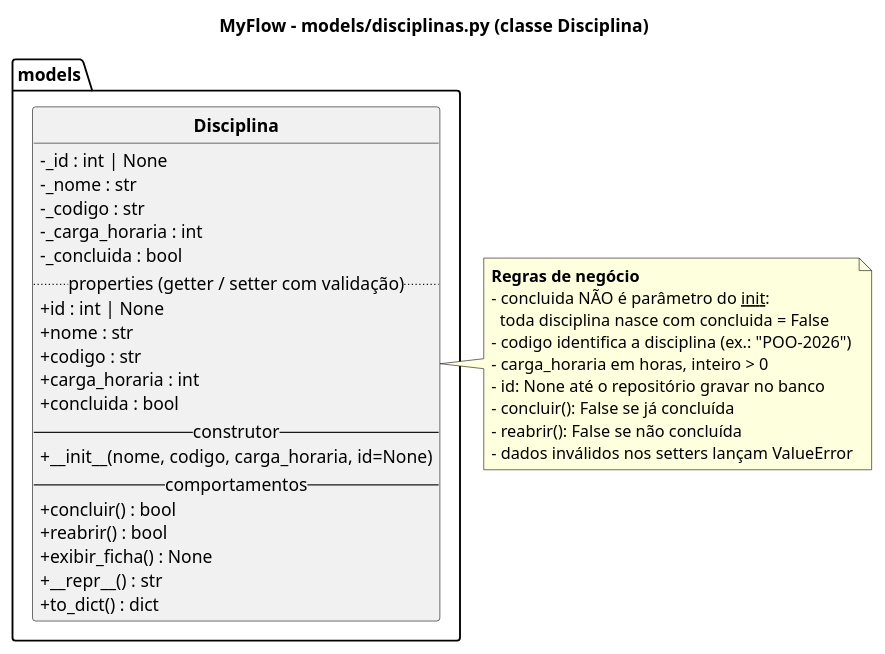
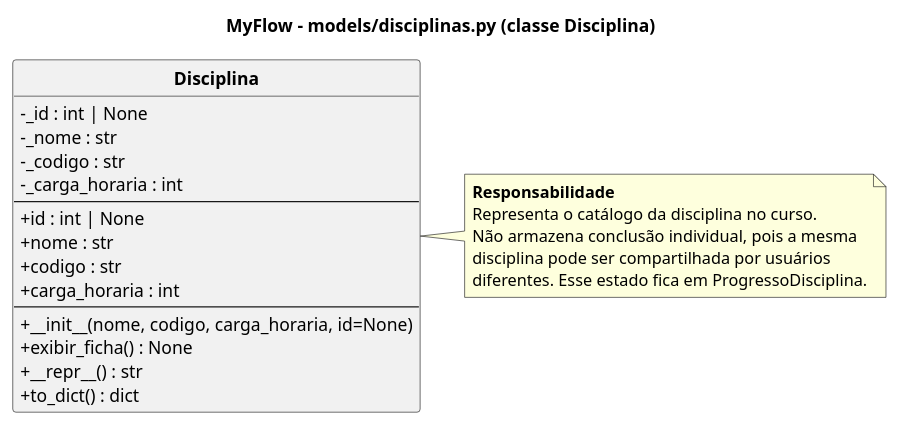
Before and after one commit to nicholasmichelon/project-myflow: the diagram in uml/classes/01_models_disciplinas.puml, drawn with PlantUML. The commit also changed 46 other files, not shown here.

```diff
--- a/uml/classes/01_models_disciplinas.puml
+++ b/uml/classes/01_models_disciplinas.puml
@@ -1,46 +1,34 @@
 @startuml 01_models_disciplinas
-' MyFlow - models/disciplinas.py
 title MyFlow - models/disciplinas.py (classe Disciplina)
 
 skinparam classAttributeIconSize 0
 skinparam shadowing false
 skinparam classFontStyle bold
 hide circle
 
-package "models" {
-  class Disciplina {
-    -_id : int | None
-    -_nome : str
-    -_codigo : str
-    -_carga_horaria : int
-    -_concluida : bool
-    .. properties (getter / setter com validação) ..
-    +id : int | None
-    +nome : str
-    +codigo : str
-    +carga_horaria : int
-    +concluida : bool
-    -- construtor --
-    +__init__(nome, codigo, carga_horaria, id=None)
-    -- comportamentos --
-    +concluir() : bool
-    +reabrir() : bool
-    +exibir_ficha() : None
-    +__repr__() : str
-    +to_dict() : dict
-  }
+class Disciplina {
+  -_id : int | None
+  -_nome : str
+  -_codigo : str
+  -_carga_horaria : int
+  --
+  +id : int | None
+  +nome : str
+  +codigo : str
+  +carga_horaria : int
+  --
+  +__init__(nome, codigo, carga_horaria, id=None)
+  +exibir_ficha() : None
+  +__repr__() : str
+  +to_dict() : dict
 }
 
 note right of Disciplina
-  <b>Regras de negócio</b>
-  - concluida NÃO é parâmetro do __init__:
-    toda disciplina nasce com concluida = False
-  - codigo identifica a disciplina (ex.: "POO-2026")
-  - carga_horaria em horas, inteiro > 0
-  - id: None até o repositório gravar no banco
-  - concluir(): False se já concluída
-  - reabrir(): False se não concluída
-  - dados inválidos nos setters lançam ValueError
+  <b>Responsabilidade</b>
+  Representa o catálogo da disciplina no curso.
+  Não armazena conclusão individual, pois a mesma
+  disciplina pode ser compartilhada por usuários
+  diferentes. Esse estado fica em ProgressoDisciplina.
 end note
 
 @enduml
```
